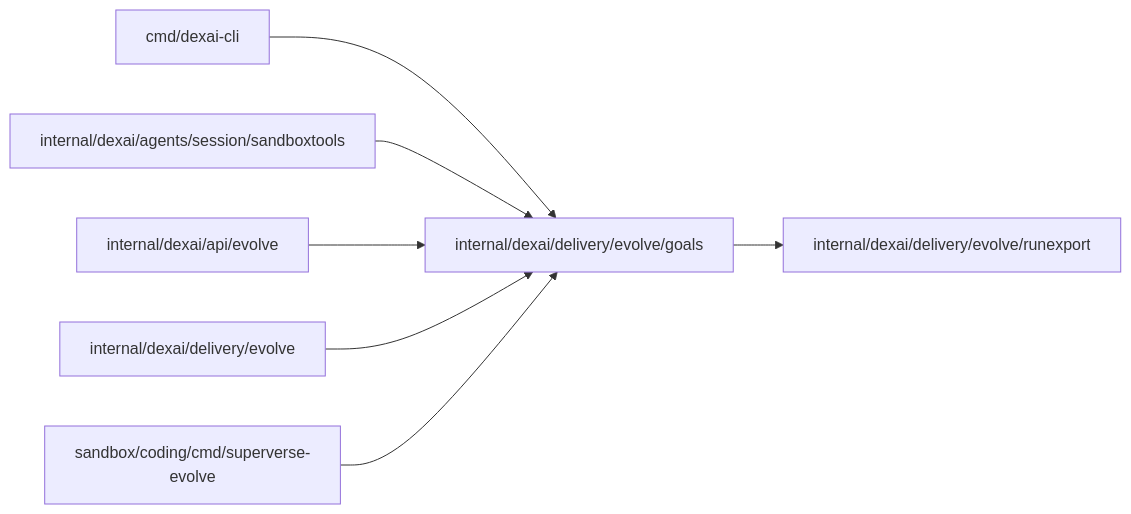
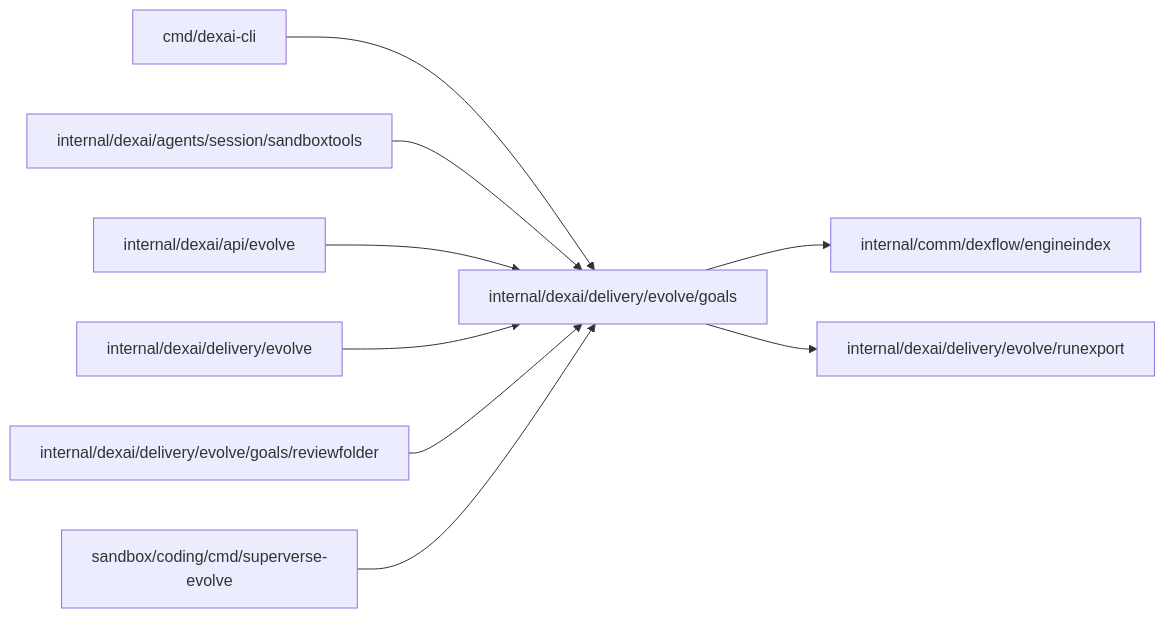
The diagram in internal/dexai/delivery/evolve/goals/README.md (superdurable/superverse), drawn with Mermaid before and after one commit. The commit also changed other lines of this file and 40 other files, not shown here.

````diff
--- a/internal/dexai/delivery/evolve/goals/README.md
+++ b/internal/dexai/delivery/evolve/goals/README.md
@@ -10,10 +10,12 @@
 ```mermaid
 flowchart LR
   self["internal/dexai/delivery/evolve/goals"]
   c0["cmd/dexai-cli"] --> self
   c1["internal/dexai/agents/session/sandboxtools"] --> self
   c2["internal/dexai/api/evolve"] --> self
   c3["internal/dexai/delivery/evolve"] --> self
-  c4["sandbox/coding/cmd/superverse-evolve"] --> self
-  self --> d0["internal/dexai/delivery/evolve/runexport"]
+  c4["internal/dexai/delivery/evolve/goals/reviewfolder"] --> self
+  c5["sandbox/coding/cmd/superverse-evolve"] --> self
+  self --> d0["internal/comm/dexflow/engineindex"]
+  self --> d1["internal/dexai/delivery/evolve/runexport"]
 ```
````
